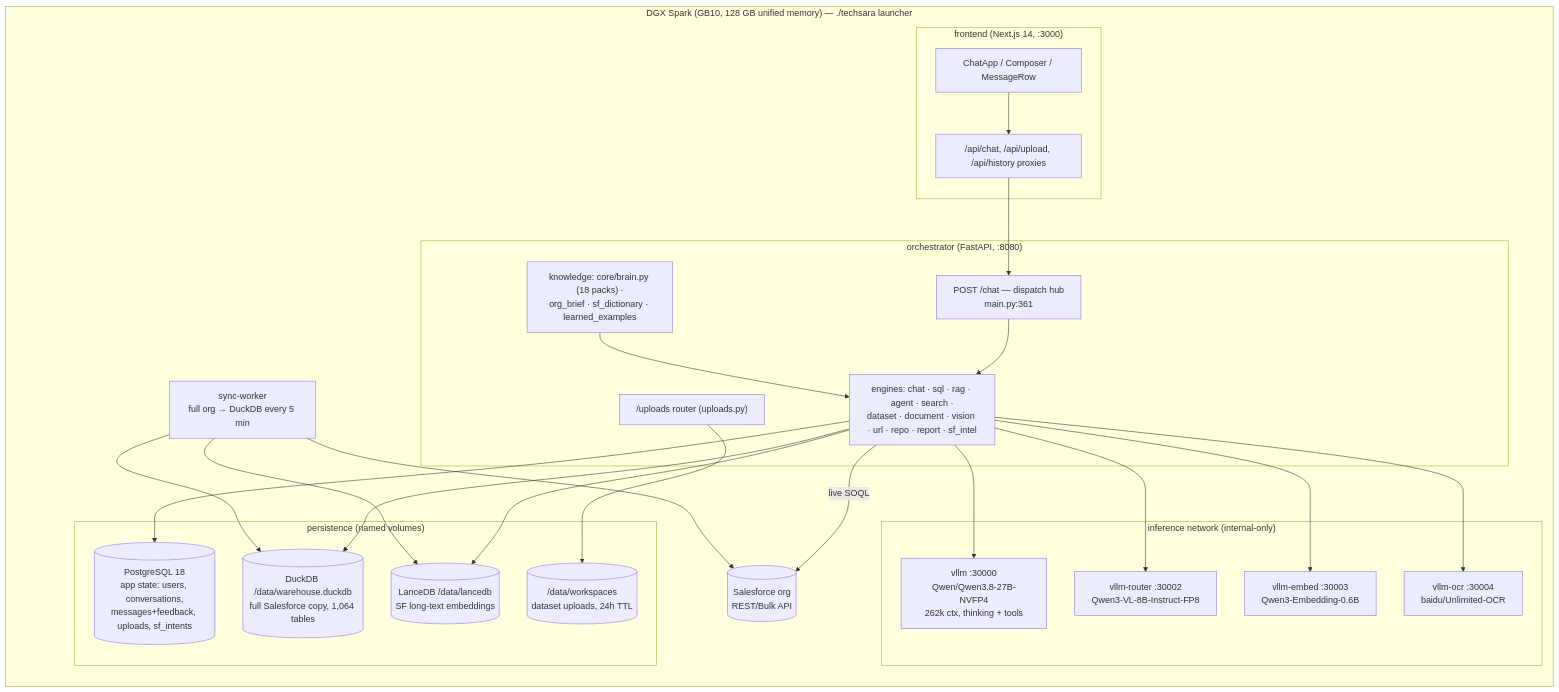
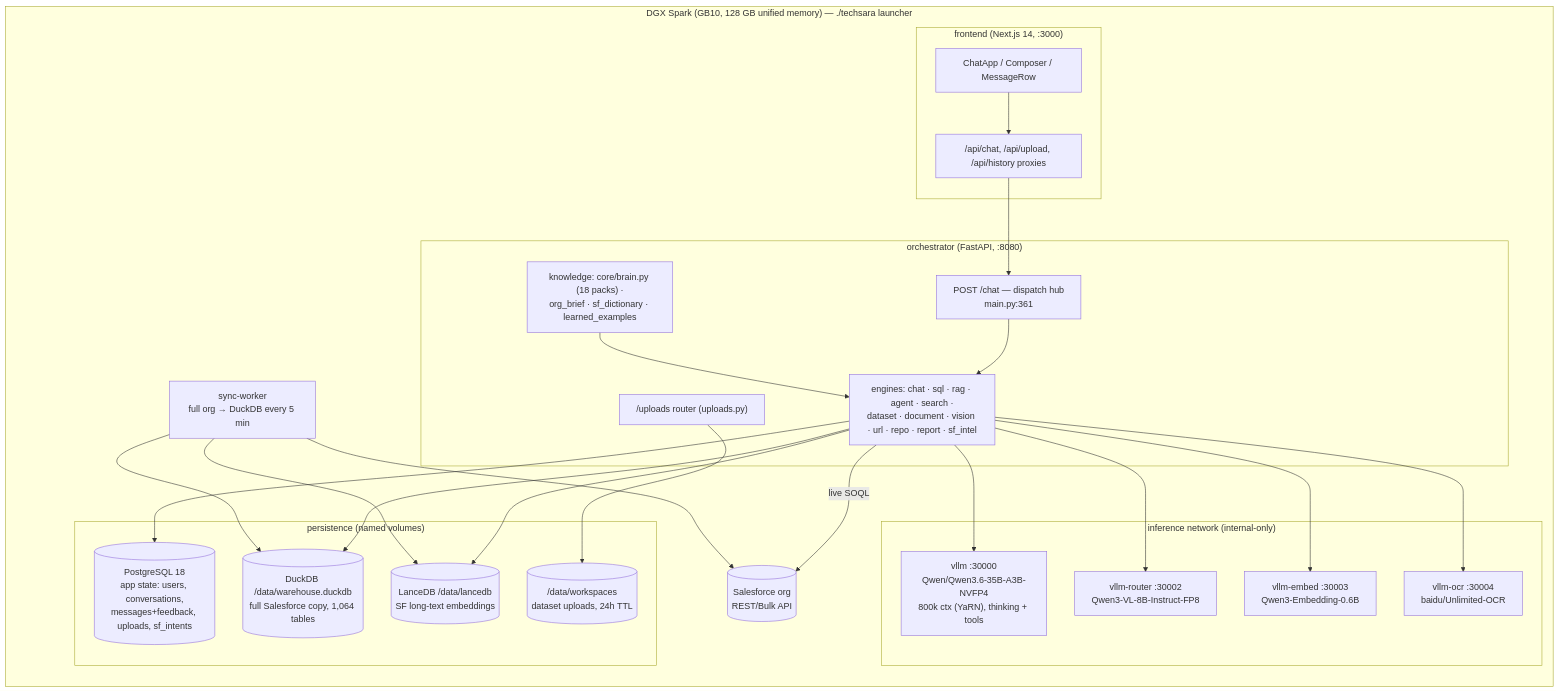
Before and after one commit to namanjain221995/personal-LLM-Chabot: the diagram in docs/ARCHITECTURE_CURRENT.md, drawn with Mermaid. The commit also changed other lines of this file and 10 other files, not shown here.

First line of the commit message:
feat(dgx): switch the main model to nvidia/Qwen3.6-35B-A3B-NVFP4 (MoE)

````diff
--- a/docs/ARCHITECTURE_CURRENT.md
+++ b/docs/ARCHITECTURE_CURRENT.md
@@ -15,37 +15,37 @@
 ```mermaid
 flowchart LR
     subgraph Host["DGX Spark (GB10, 128 GB unified memory) — ./techsara launcher"]
         subgraph FE["frontend (Next.js 14, :3000)"]
             UI[ChatApp / Composer / MessageRow]
             PROXY["/api/chat, /api/upload, /api/history proxies"]
         end
         subgraph ORCH["orchestrator (FastAPI, :8080)"]
             CHAT["POST /chat — dispatch hub<br/>main.py:361"]
             ENG["engines: chat · sql · rag · agent · search ·<br/>dataset · document · vision · url · repo · report · sf_intel"]
             BRAIN["knowledge: core/brain.py (18 packs) ·<br/>org_brief · sf_dictionary · learned_examples"]
             UP["/uploads router (uploads.py)"]
         end
         subgraph MODELS["inference network (internal-only)"]
-            VMAIN["vllm :30000<br/>Qwen/Qwen3.8-27B-NVFP4<br/>262k ctx, thinking + tools"]
+            VMAIN["vllm :30000<br/>Qwen/Qwen3.6-35B-A3B-NVFP4<br/>800k ctx (YaRN), thinking + tools"]
             VROUTER["vllm-router :30002<br/>Qwen3-VL-8B-Instruct-FP8"]
             VEMBED["vllm-embed :30003<br/>Qwen3-Embedding-0.6B"]
             VOCR["vllm-ocr :30004<br/>baidu/Unlimited-OCR"]
         end
         subgraph DATA["persistence (named volumes)"]
             PG[(PostgreSQL 18<br/>app state: users, conversations,<br/>messages+feedback, uploads, sf_intents)]
             DUCK[(DuckDB /data/warehouse.duckdb<br/>full Salesforce copy, 1,064 tables)]
             LANCE[(LanceDB /data/lancedb<br/>SF long-text embeddings)]
             WS[(/data/workspaces<br/>dataset uploads, 24h TTL)]
         end
         SYNC["sync-worker<br/>full org → DuckDB every 5 min"]
         SF[(Salesforce org<br/>REST/Bulk API)]
     end
     UI --> PROXY --> CHAT --> ENG
     ENG --> VMAIN & VROUTER & VEMBED & VOCR
     ENG --> DUCK & LANCE & PG
     ENG -->|live SOQL| SF
     BRAIN --> ENG
     UP --> WS
     SYNC --> SF
     SYNC --> DUCK & LANCE
 ```
````
